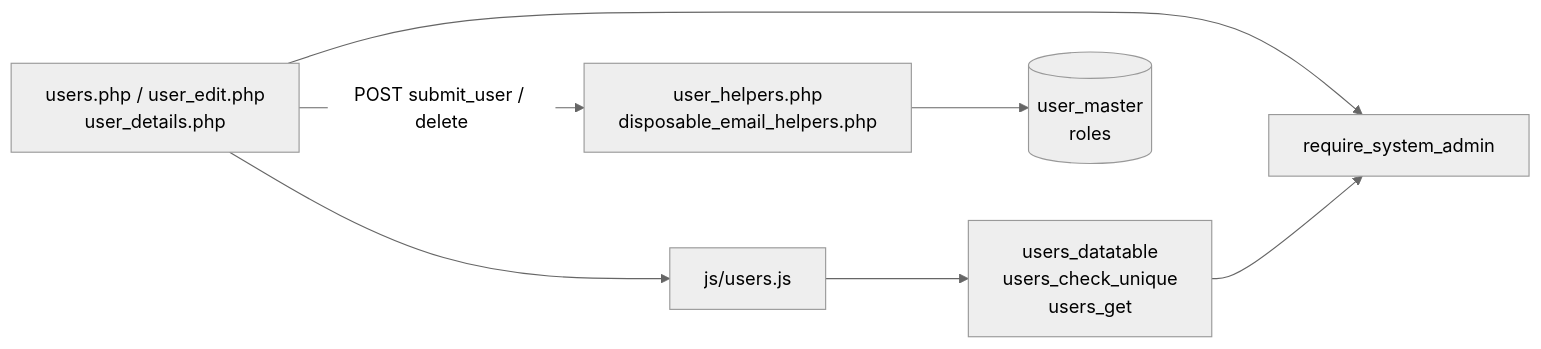
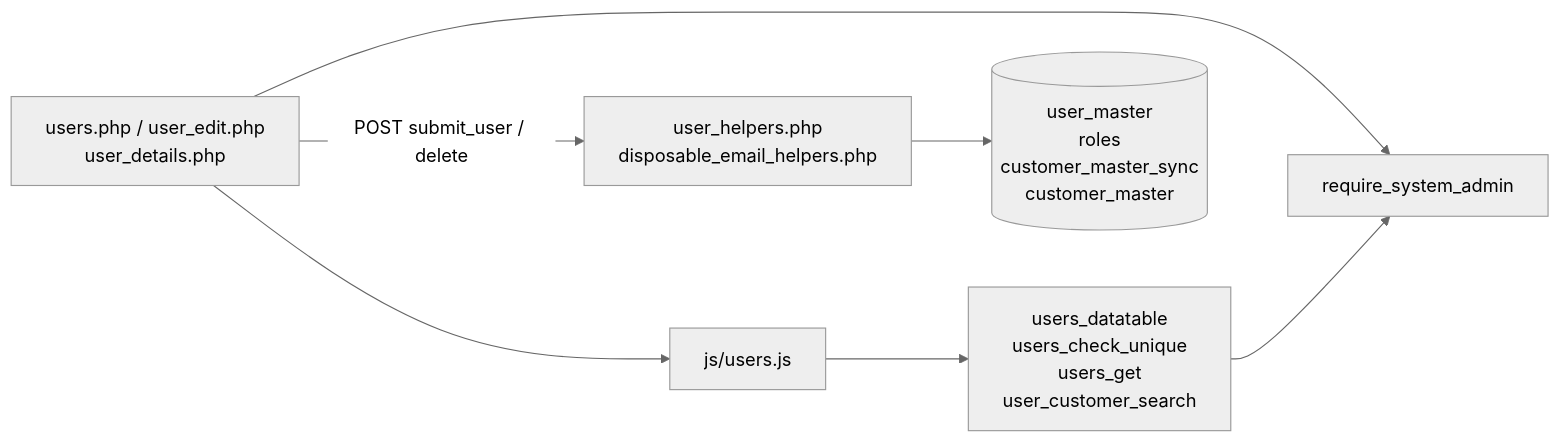
One commit to devalbarot27/ComplaintManagement changed the first of 7 diagrams in docs/LLD_Users_Module.md. Above: the diagram before and after it, drawn with Mermaid (neutral theme). The commit also changed other lines of this file and 10 other files, not shown here.

````diff
--- a/docs/LLD_Users_Module.md
+++ b/docs/LLD_Users_Module.md
@@ -34,16 +35,16 @@
 ```mermaid
 flowchart LR
   UI["users.php / user_edit.php<br/>user_details.php"]
   JS["js/users.js"]
-  API["users_datatable<br/>users_check_unique<br/>users_get"]
+  API["users_datatable<br/>users_check_unique<br/>users_get<br/>user_customer_search"]
   HEL["user_helpers.php<br/>disposable_email_helpers.php"]
   GATE["require_system_admin"]
-  DB[("user_master<br/>roles")]
+  DB[("user_master<br/>roles<br/>customer_master_sync<br/>customer_master")]
 
   UI --> GATE
   UI --> JS
   JS --> API
   UI -->|POST submit_user / delete| HEL
   API --> GATE
   HEL --> DB
 ```
````
